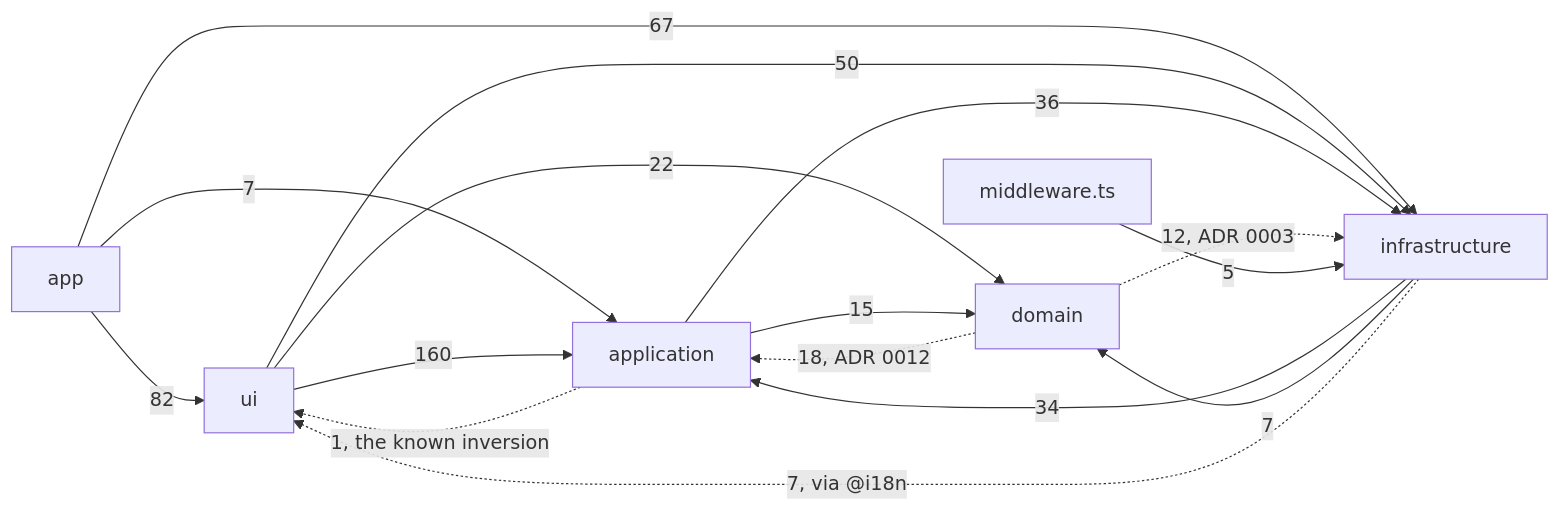
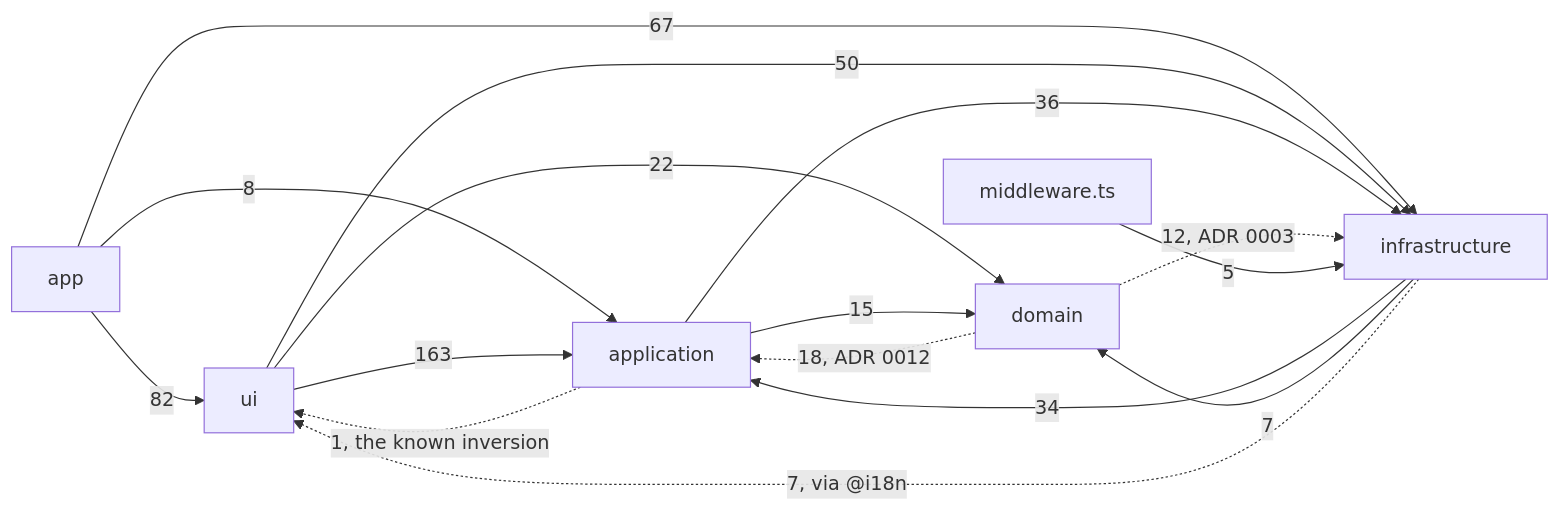
Before and after one commit to fbuireu/forever-pto: the diagram in apps/docs/src/content/docs/architecture/overview.mdx, drawn with Mermaid. The commit also changed other lines of this file, not shown here.

Commit message:
docs(docs): recount the app and ui imports of the application layer

````diff
--- a/apps/docs/src/content/docs/architecture/overview.mdx
+++ b/apps/docs/src/content/docs/architecture/overview.mdx
@@ -47,24 +47,24 @@
 ```mermaid
 flowchart LR
   APP[app]
   UI[ui]
   APPL[application]
   DOM[domain]
   INFRA[infrastructure]
   MW[middleware.ts]
   APP -->|82| UI
-  APP -->|7| APPL
+  APP -->|8| APPL
   APP -->|67| INFRA
-  UI -->|160| APPL
+  UI -->|163| APPL
   UI -->|22| DOM
   UI -->|50| INFRA
   APPL -->|15| DOM
   APPL -->|36| INFRA
   APPL -.->|1, the known inversion| UI
   DOM -.->|18, ADR 0012| APPL
   DOM -.->|12, ADR 0003| INFRA
   INFRA -->|34| APPL
   INFRA -->|7| DOM
   INFRA -.->|7, via @i18n| UI
   MW -->|5| INFRA
 ```
````
